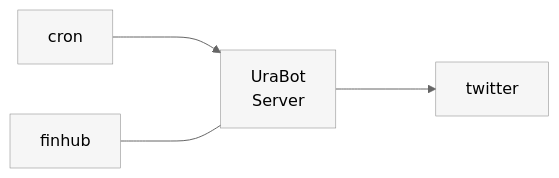
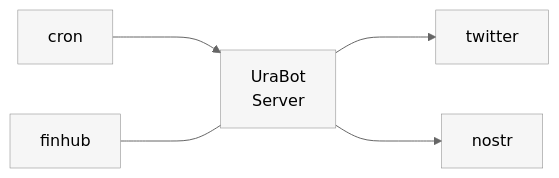
One commit to victorabarros/ura-bot changed the diagram in README.md. Above: the diagram before and after it, drawn with Mermaid (neutral theme). The commit also changed other lines of this file and 2 other files, not shown here.

Commit message:
add Nostr details to docs

````diff
--- a/README.md
+++ b/README.md
@@ -75,21 +82,24 @@
 ```mermaid
     flowchart LR;
 
       %% components
       cron[cron];
       server[UraBot<br>Server];
       finhub[finhub];
       client[twitter];
+      client2[nostr];
 
       %% flow
       cron--->
       server--->
       client;
+      server--->
+      client2;
 
       finhub----
       server;
 
       %% styles
       classDef box fill-opacity:.5, stroke:grey, stroke-width:.5px;
-      class cron,server,finhub,db,client box
+      class cron,server,finhub,db,client,client2 box
 ```
````
